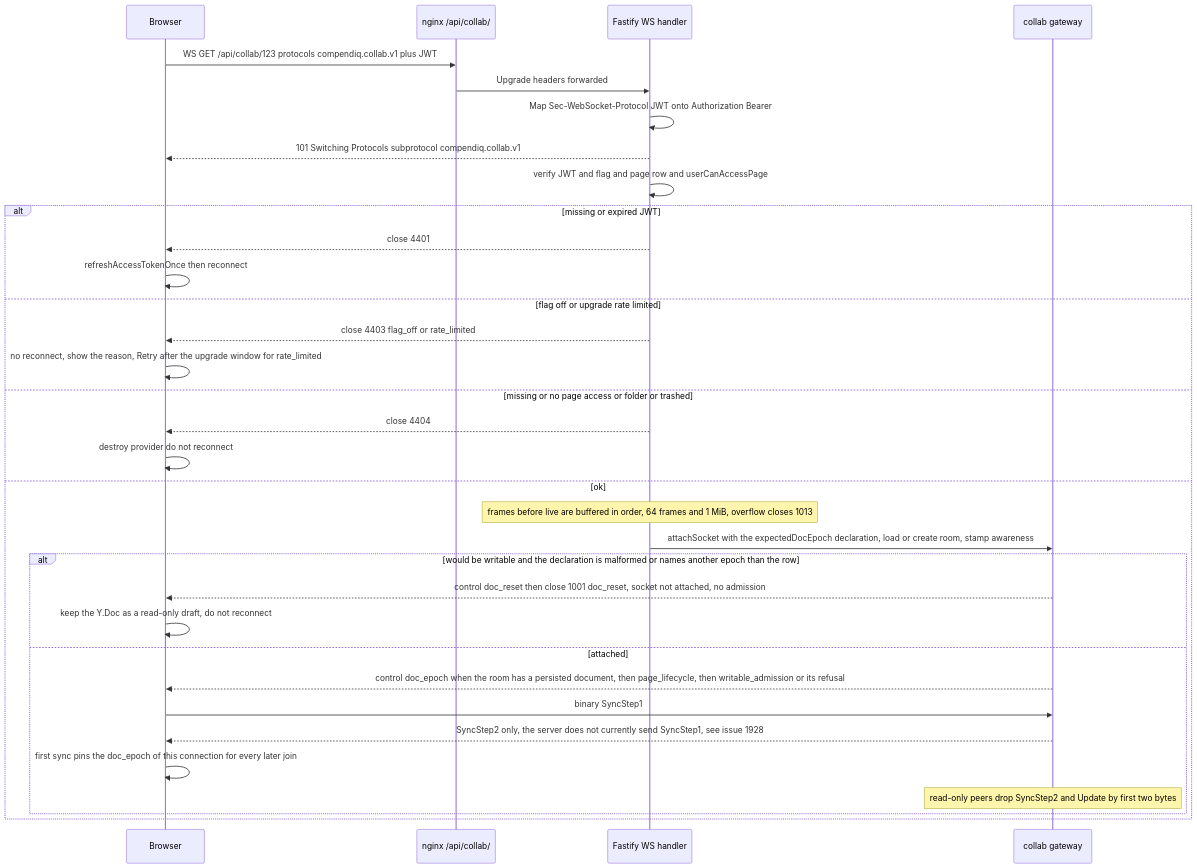
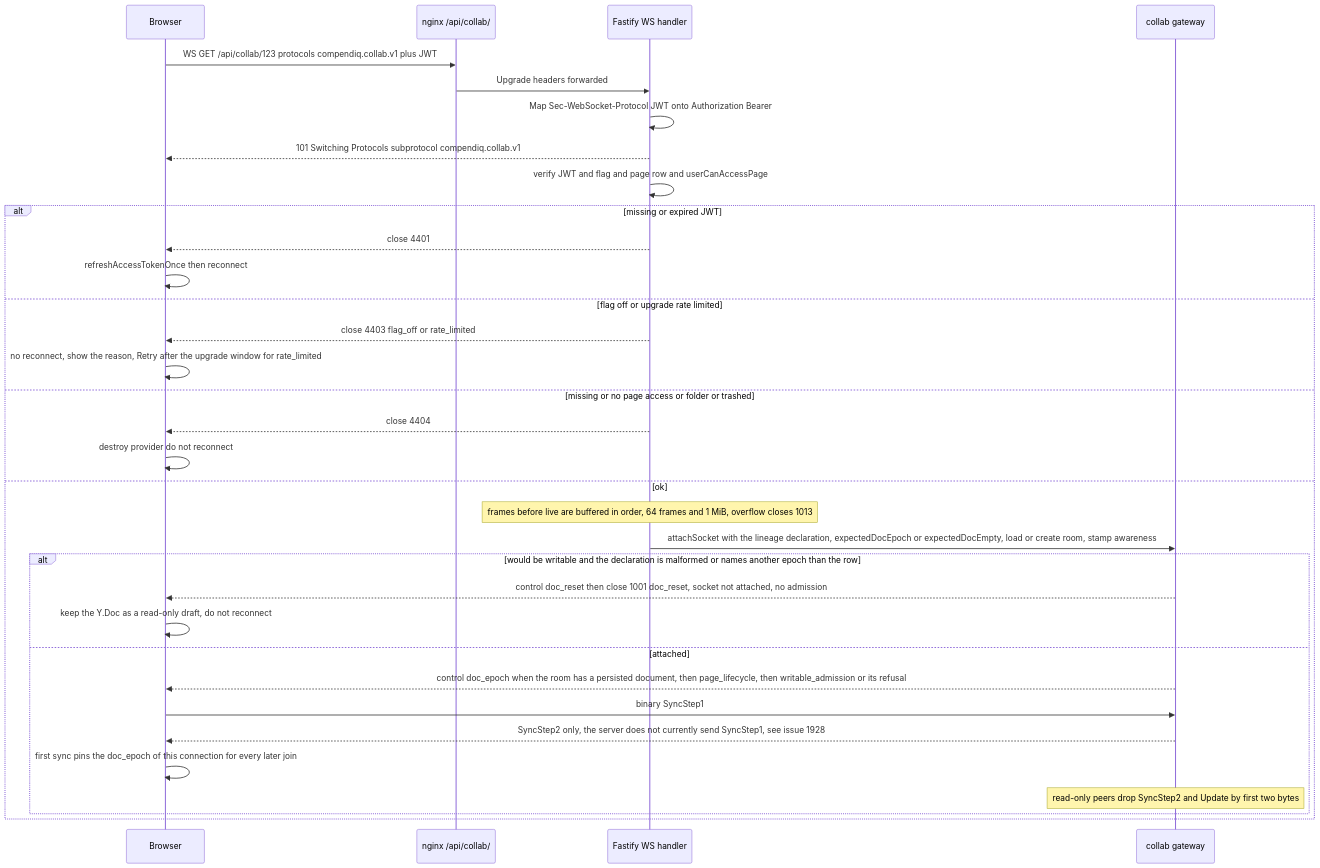
One commit to Compendiq/compendiq-ce changed the second of 3 diagrams in docs/architecture/12-realtime-collaboration.md. Above: the diagram before and after it, drawn with Mermaid. The commit also changed other lines of this file and 10 other files, not shown here.

````diff
--- a/docs/architecture/12-realtime-collaboration.md
+++ b/docs/architecture/12-realtime-collaboration.md
@@ -90,36 +90,36 @@
 ```mermaid
 sequenceDiagram
     participant B as Browser
     participant N as nginx /api/collab/
     participant F as Fastify WS handler
     participant G as collab gateway
 
     B->>N: WS GET /api/collab/123 protocols compendiq.collab.v1 plus JWT
     N->>F: Upgrade headers forwarded
     F->>F: Map Sec-WebSocket-Protocol JWT onto Authorization Bearer
     F-->>B: 101 Switching Protocols subprotocol compendiq.collab.v1
     F->>F: verify JWT and flag and page row and userCanAccessPage
     alt missing or expired JWT
         F-->>B: close 4401
         B->>B: refreshAccessTokenOnce then reconnect
     else flag off or upgrade rate limited
         F-->>B: close 4403 flag_off or rate_limited
         B->>B: no reconnect, show the reason, Retry after the upgrade window for rate_limited
     else missing or no page access or folder or trashed
         F-->>B: close 4404
         B->>B: destroy provider do not reconnect
     else ok
         Note over F: frames before live are buffered in order, 64 frames and 1 MiB, overflow closes 1013
-        F->>G: attachSocket with the expectedDocEpoch declaration, load or create room, stamp awareness
+        F->>G: attachSocket with the lineage declaration, expectedDocEpoch or expectedDocEmpty, load or create room, stamp awareness
         alt would be writable and the declaration is malformed or names another epoch than the row
             G-->>B: control doc_reset then close 1001 doc_reset, socket not attached, no admission
             B->>B: keep the Y.Doc as a read-only draft, do not reconnect
         else attached
             G-->>B: control doc_epoch when the room has a persisted document, then page_lifecycle, then writable_admission or its refusal
             B->>G: binary SyncStep1
             G-->>B: SyncStep2 only, the server does not currently send SyncStep1, see issue 1928
             B->>B: first sync pins the doc_epoch of this connection for every later join
             Note over G: read-only peers drop SyncStep2 and Update by first two bytes
         end
     end
 ```
````
